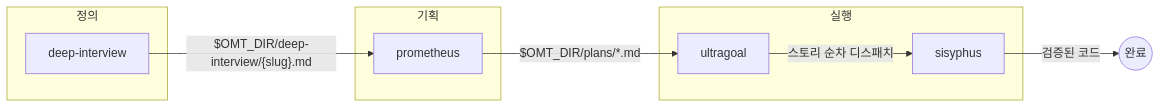
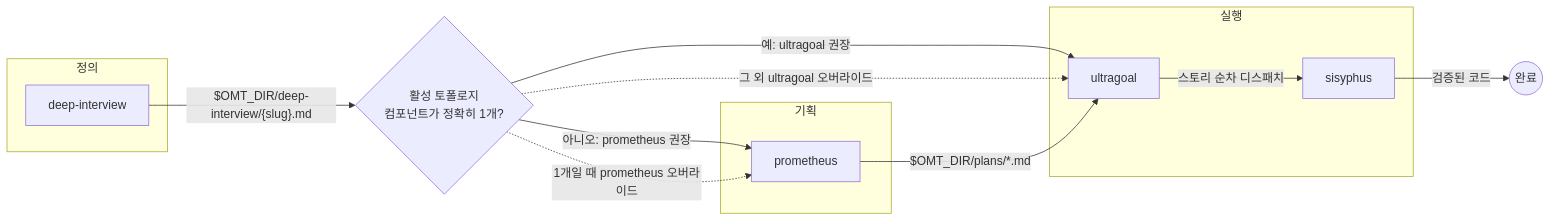
One commit to toongri/oh-my-toong-playground changed the first of 4 diagrams in docs/skills/core-pipeline.md. Above: the diagram before and after it, drawn with Mermaid. The commit also changed other lines of this file and 5 other files, not shown here.

````diff
--- a/docs/skills/core-pipeline.md
+++ b/docs/skills/core-pipeline.md
@@ -44,18 +44,22 @@
 ```mermaid
 flowchart LR
     subgraph 정의
         deep["deep-interview"]
     end
     subgraph 기획
         prometheus["prometheus"]
     end
     subgraph 실행
         ultragoal["ultragoal"]
         sisyphus["sisyphus"]
     end
 
-    deep -->|"$OMT_DIR/deep-interview/{slug}.md"| prometheus
+    deep -->|"$OMT_DIR/deep-interview/{slug}.md"| Route{활성 토폴로지<br/>컴포넌트가 정확히 1개?}
+    Route -->|예: ultragoal 권장| ultragoal
+    Route -->|아니오: prometheus 권장| prometheus
+    Route -.->|1개일 때 prometheus 오버라이드| prometheus
+    Route -.->|그 외 ultragoal 오버라이드| ultragoal
     prometheus -->|"$OMT_DIR/plans/*.md"| ultragoal
     ultragoal -->|"스토리 순차 디스패치"| sisyphus
     sisyphus -->|"검증된 코드"| Done((완료))
 ```
````
